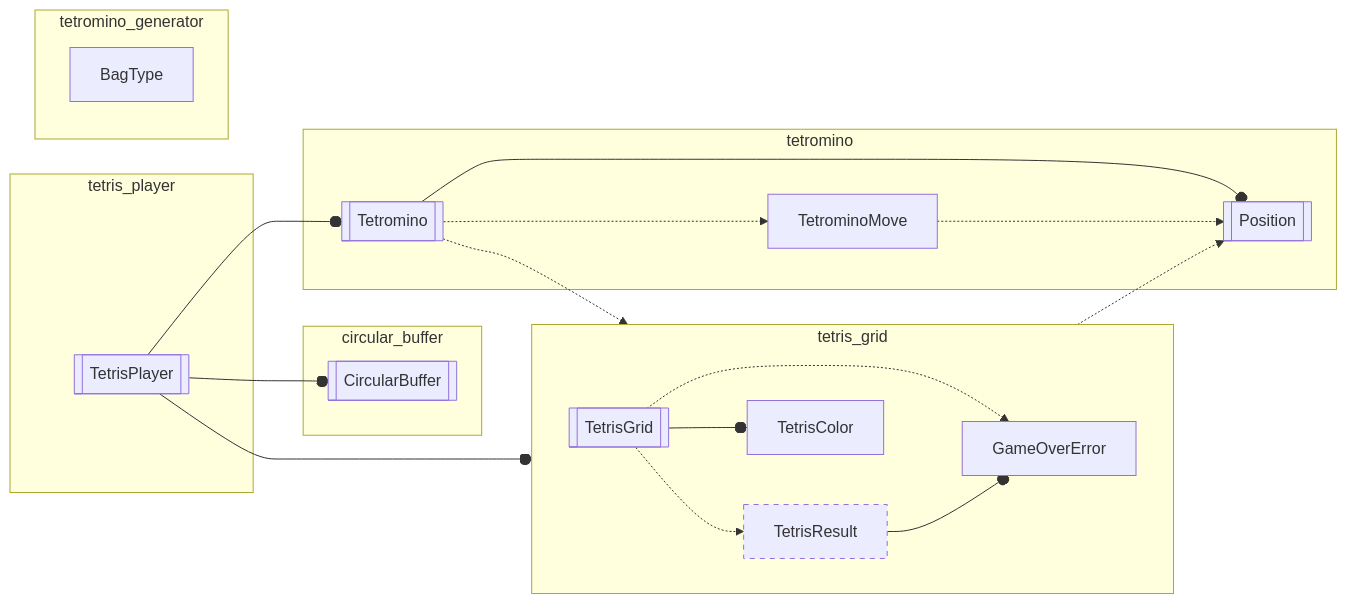
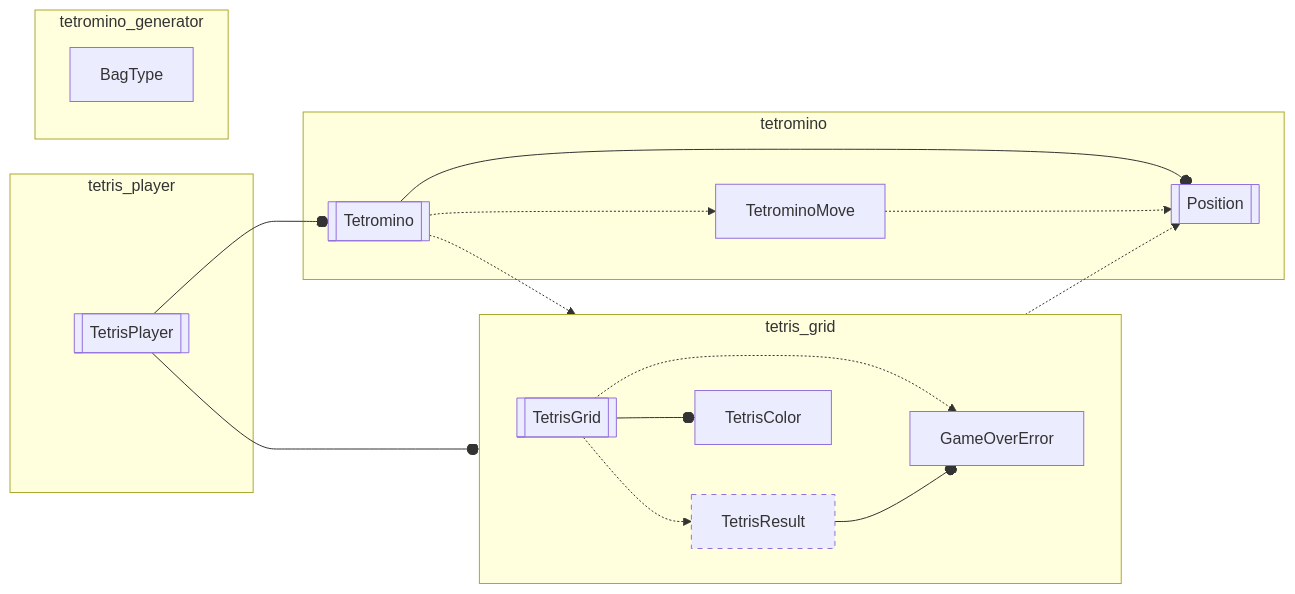
Before and after one commit to inesvar/tetris: the diagram in tetris_core/src/tetris_core.mmd, drawn with Mermaid. The commit also changed 3 other files, not shown here.

Commit message:
tetris_core: Make CircularBuffer private

```diff
--- a/tetris_core/src/tetris_core.mmd
+++ b/tetris_core/src/tetris_core.mmd
@@ -1,45 +1,39 @@
 graph LR
     %% objects
     TetrominoMove[TetrominoMove]
     TetrisGrid[[TetrisGrid]]
     GameOverError[GameOverError]
     TetrisResult[TetrisResult]
     Tetromino[[Tetromino]]
     Position[[Position]]
     TetrisColor[TetrisColor]
     BagType[BagType]
-    CircularBuffer[[CircularBuffer]]
     TetrisPlayer[[TetrisPlayer]]
 
     subgraph tetris_player
         TetrisPlayer
     end
     TetrisPlayer --o TetrisGrid
     TetrisPlayer --o Tetromino
-    TetrisPlayer --o CircularBuffer
 
     subgraph tetromino_generator
         BagType
-    end
-
-    subgraph circular_buffer
-        CircularBuffer
     end
 
     subgraph tetris_grid
         direction LR
         TetrisGrid -.-> GameOverError
         TetrisGrid -.-> TetrisResult
         TetrisResult --o GameOverError
         TetrisGrid --o TetrisColor
     end
     Tetromino -.-> tetris_grid
     TetrisGrid -.-> Position
 
     subgraph tetromino
         Tetromino --o Position
         TetrominoMove -.-> Position
         Tetromino -.-> TetrominoMove
     end
 
     style TetrisResult stroke-dasharray: 5 5;
```
